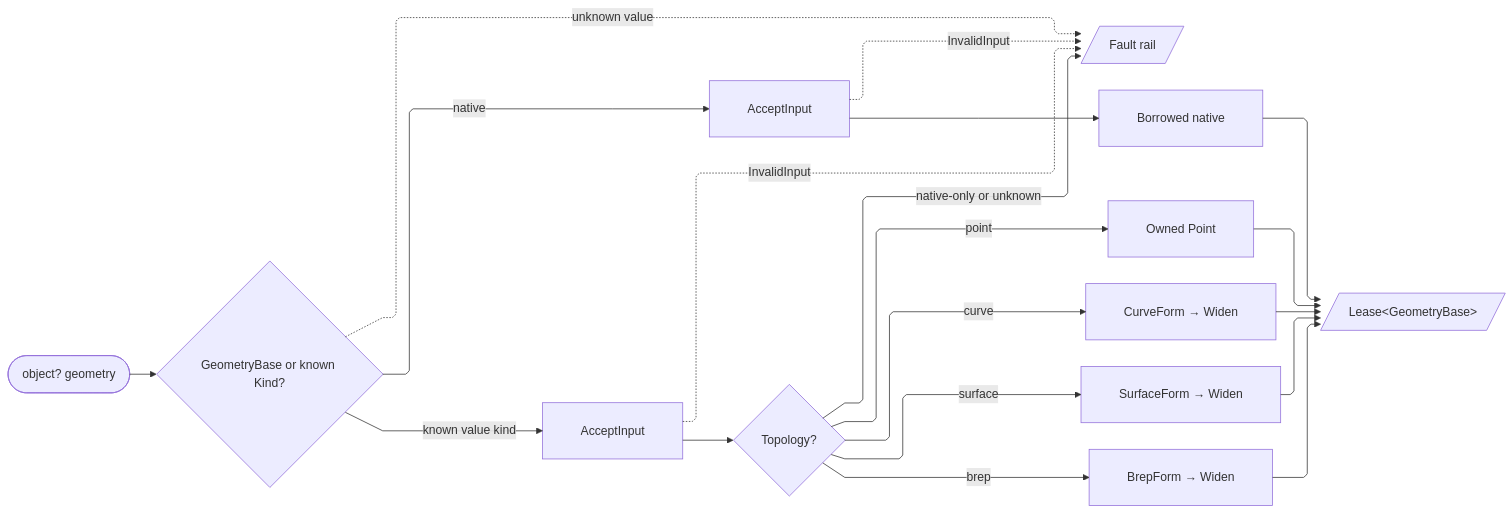
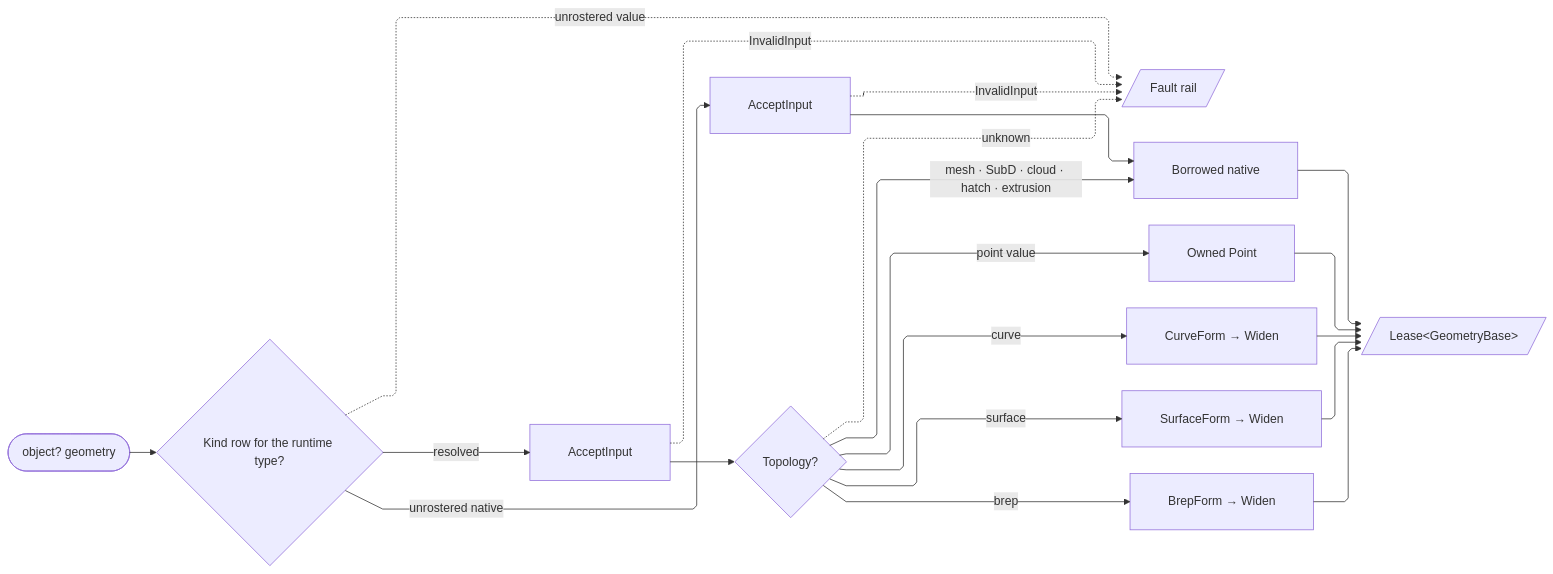
The diagram in libs/csharp/Rasm/.planning/Domain/normalization.md (bsamiee/Rasm), drawn with Mermaid before and after one commit. The commit also changed other lines of this file and 693 other files, not shown here.

````diff
--- a/libs/csharp/Rasm/.planning/Domain/normalization.md
+++ b/libs/csharp/Rasm/.planning/Domain/normalization.md
@@ -458,30 +468,31 @@
 ```mermaid
 ---
 config:
   layout: elk
   flowchart:
     curve: linear
     padding: 25
 ---
 flowchart LR
     accTitle: GeometryForm normalization dispatch
-    accDescr: One admitted geometry value dispatches by native shape or derived topology into borrowed or owned form leases, while invalid and unsupported inputs converge on the typed fault rail.
-    Raw(["object? geometry"]) --> Classify{"GeometryBase or known Kind?"}
-    Classify -->|native| NativeAdmit[AcceptInput]
-    Classify -->|known value kind| ValueAdmit[AcceptInput]
-    Classify -.->|unknown value| Fault[/Fault rail/]
+    accDescr: One admitted geometry value resolves its Kind row first, then dispatches every stratum through the topology arms into borrowed or owned form leases, while invalid and unrostered non-native inputs converge on the typed fault rail.
+    Raw(["object? geometry"]) --> Classify{"Kind row for the runtime type?"}
+    Classify -->|resolved| KindAdmit[AcceptInput]
+    Classify -->|unrostered native| NativeAdmit[AcceptInput]
+    Classify -.->|unrostered value| Fault[/Fault rail/]
     NativeAdmit -.->|InvalidInput| Fault
     NativeAdmit --> Borrowed[Borrowed native]
-    ValueAdmit -.->|InvalidInput| Fault
-    ValueAdmit --> Dispatch{"Topology?"}
-    Dispatch -->|point| Point[Owned Point]
+    KindAdmit -.->|InvalidInput| Fault
+    KindAdmit --> Dispatch{"Topology?"}
+    Dispatch -->|point value| Point[Owned Point]
     Dispatch -->|curve| Curve[CurveForm → Widen]
     Dispatch -->|surface| Surface[SurfaceForm → Widen]
     Dispatch -->|brep| Brep[BrepForm → Widen]
-    Dispatch -->|native-only or unknown| Fault
+    Dispatch -->|mesh · SubD · cloud · hatch · extrusion| Borrowed
+    Dispatch -.->|unknown| Fault
     Borrowed --> GeometryLease[/"Lease&lt;GeometryBase&gt;"/]
     Point --> GeometryLease
     Curve --> GeometryLease
     Surface --> GeometryLease
     Brep --> GeometryLease
 ```
````
